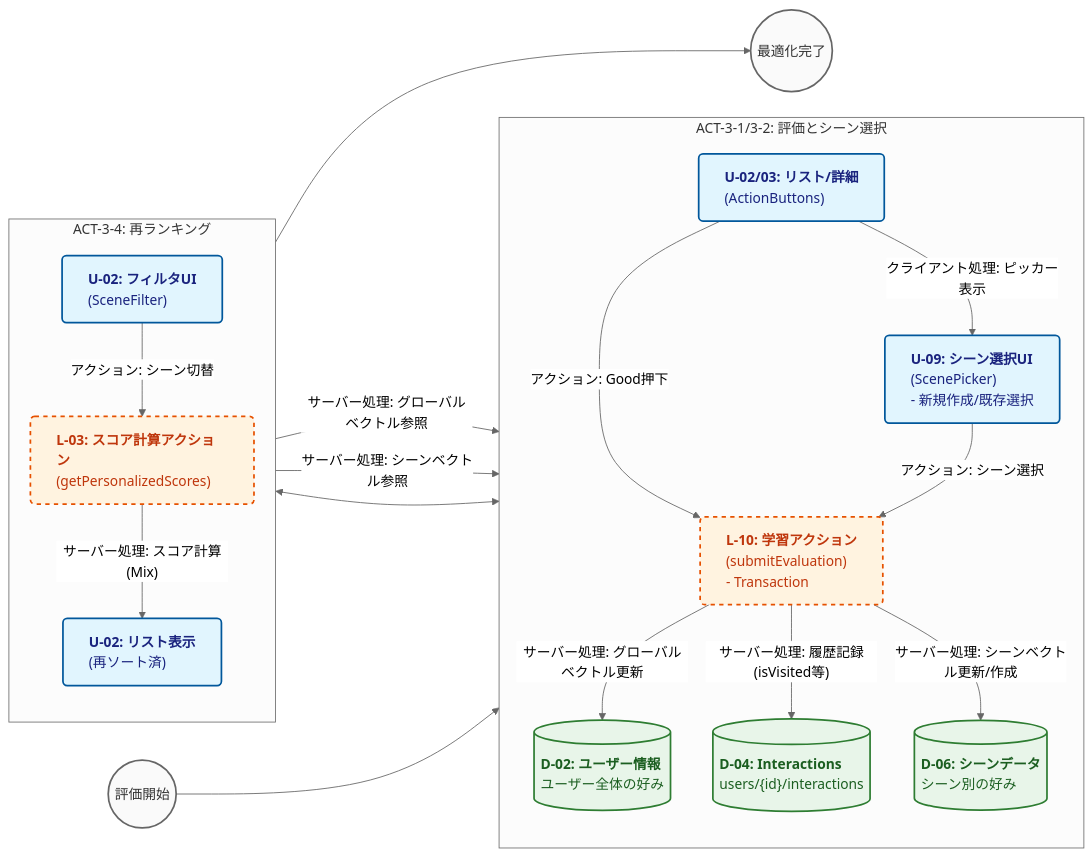
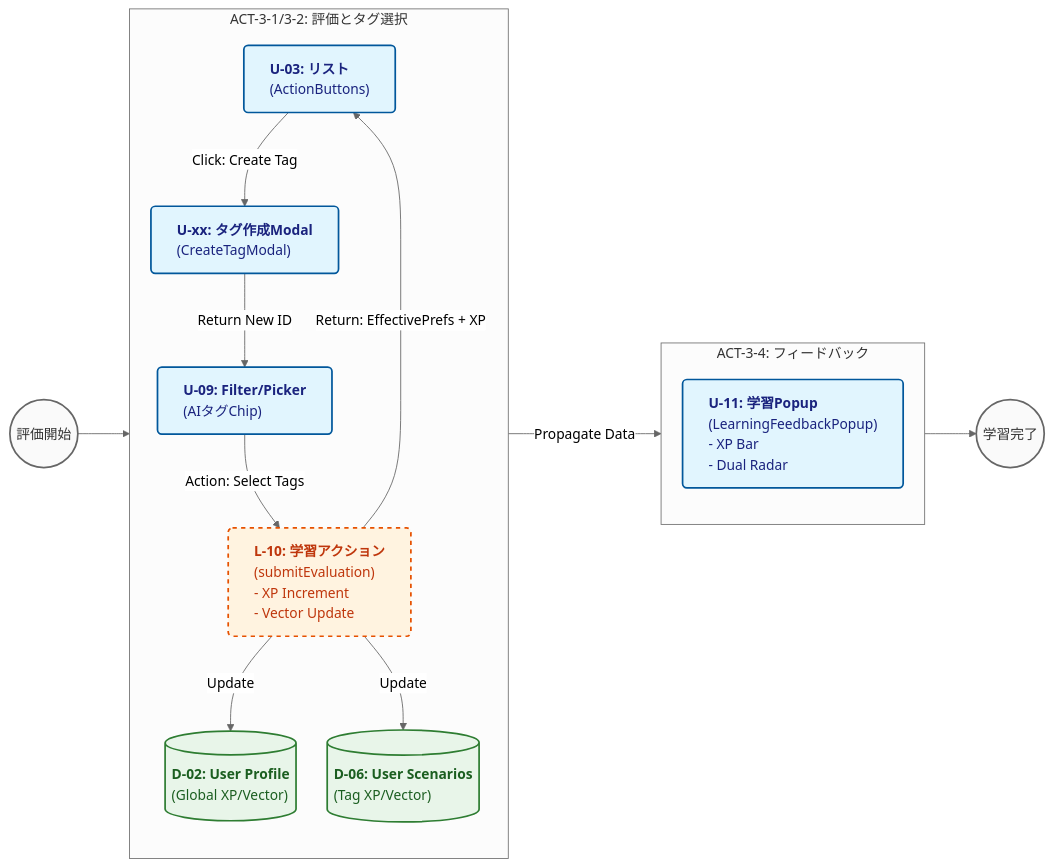
Before and after one commit to plplbody/googlemap-reviews-AIanalyzer: the third of 3 diagrams in docs/仕様書v2.md, drawn with Mermaid (neutral theme). The commit also changed other lines of this file and 33 other files, not shown here.

````diff
--- a/docs/仕様書v2.md
+++ b/docs/仕様書v2.md
@@ -423,49 +441,47 @@
 ```mermaid
 %%{init: {'flowchart': {'useMaxWidth': false, 'rankSpacing': 60, 'nodeSpacing': 30}}}%%
 flowchart LR
     %% Definitions
     classDef ui fill:#e1f5fe,stroke:#01579b,stroke-width:2px,rx:5,ry:5,color:#1a237e,text-align:left
     classDef logic fill:#fff3e0,stroke:#e65100,stroke-width:2px,stroke-dasharray: 5 5,rx:5,ry:5,color:#bf360c,text-align:left
     classDef db fill:#e8f5e9,stroke:#2e7d32,stroke-width:2px,rx:0,ry:0,color:#1b5e20,text-align:left
     classDef startend fill:#fafafa,stroke:#666,stroke-width:2px,rx:20,ry:20,color:#333
 
     %% Start/End
     S3_Start((評価開始)):::startend
-    S3_End((最適化完了)):::startend
+    S3_End((学習完了)):::startend
 
-    subgraph ACT_3_1 ["ACT-3-1/3-2: 評価とシーン選択"]
+    subgraph ACT_3_1 ["ACT-3-1/3-2: 評価とタグ選択"]
         direction TB
-        U_02["<b>U-02/03: リスト/詳細</b><br/>(ActionButtons)"]:::ui
-        U_09["<b>U-09: シーン選択UI</b><br/>(ScenePicker)<br/>- 新規作成/既存選択"]:::ui
-        L_10["<b>L-10: 学習アクション</b><br/>(submitEvaluation)<br/>- Transaction"]:::logic
-        D_02[("<b>D-02: ユーザー情報</b><br/>ユーザー全体の好み")]:::db
-        D_06[("<b>D-06: シーンデータ</b><br/>シーン別の好み")]:::db
-        D_04_S3[("<b>D-04: Interactions</b><br/>users/{id}/interactions")]:::db
+        U_List["<b>U-03: リスト</b><br/>(ActionButtons)"]:::ui
+        U_Modal["<b>U-xx: タグ作成Modal</b><br/>(CreateTagModal)"]:::ui
+        U_Picker["<b>U-09: Filter/Picker</b><br/>(AIタグChip)"]:::ui
+        
+        L_10["<b>L-10: 学習アクション</b><br/>(submitEvaluation)<br/>- XP Increment<br/>- Vector Update"]:::logic
+        
+        D_02[("<b>D-02: User Profile</b><br/>(Global XP/Vector)")]:::db
+        D_06[("<b>D-06: User Scenarios</b><br/>(Tag XP/Vector)")]:::db
     end
 
-    subgraph ACT_3_4 ["ACT-3-4: 再ランキング"]
+    subgraph ACT_3_4 ["ACT-3-4: フィードバック"]
         direction TB
-        U_Filter["<b>U-02: フィルタUI</b><br/>(SceneFilter)"]:::ui
-        L_03["<b>L-03: スコア計算アクション</b><br/>(getPersonalizedScores)"]:::logic
-        U_List["<b>U-02: リスト表示</b><br/>(再ソート済)"]:::ui
+        U_11["<b>U-11: 学習Popup</b><br/>(LearningFeedbackPopup)<br/>- XP Bar<br/>- Dual Radar"]:::ui
     end
 
-    %% Flows - Phase 1: Eval
-    S3_Start --> U_02
-    U_02 -- "アクション: Good押下" --> L_10
-    L_10 -- "サーバー処理: グローバルベクトル更新" --> D_02
-    L_10 -- "サーバー処理: 履歴記録(isVisited等)" --> D_04_S3
+    %% Flows - Phase 1: Interaction
+    S3_Start --> U_List
+    U_List -- "Click: Create Tag" --> U_Modal
+    U_Modal -- "Return New ID" --> U_Picker
     
-    %% Flows - Phase 2: Scene Context
-    U_02 -- "クライアント処理: ピッカー表示" --> U_09
-    U_09 -- "アクション: シーン選択" --> L_10
-    L_10 -- "サーバー処理: シーンベクトル更新/作成" --> D_06
-
-    %% Flows - Phase 3: Re-ranking
-    U_Filter <--> D_06
-    U_Filter -- "アクション: シーン切替" --> L_03
-    L_03 -- "サーバー処理: シーンベクトル参照" --> D_06
-    L_03 -- "サーバー処理: グローバルベクトル参照" --> D_02
-    L_03 -- "サーバー処理: スコア計算(Mix)" --> U_List
-    U_List --> S3_End
+    %% Flows - Phase 2: Submission
+    U_Picker -- "Action: Select Tags" --> L_10
+    
+    %% Flows - Phase 3: Processing
+    L_10 -- "Update" --> D_02
+    L_10 -- "Update" --> D_06
+    
+    %% Flows - Phase 4: Feedback
+    L_10 -- "Return: EffectivePrefs + XP" --> U_List
+    U_List -- "Propagate Data" --> U_11
+    U_11 --> S3_End
 ```
````
